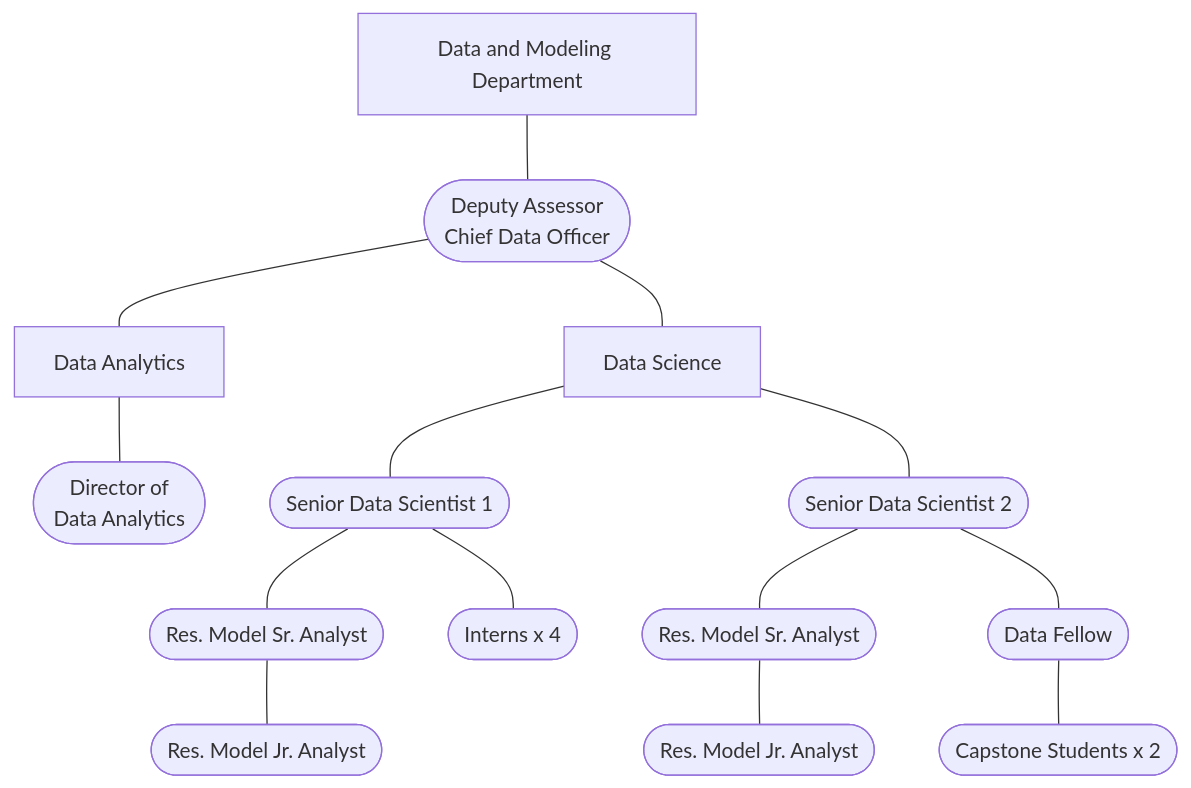
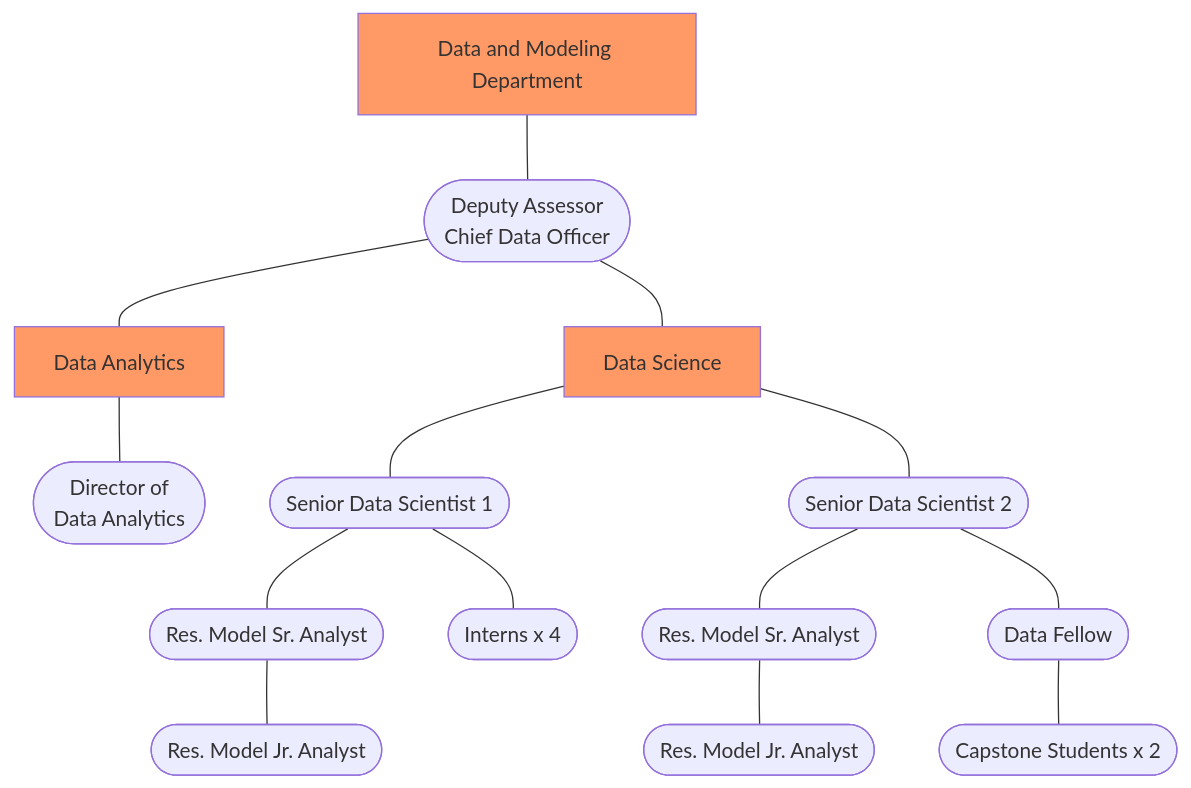
Before and after one commit to ccao-data/wiki: the diagram in handbook.md, drawn with Mermaid. The commit also changed other lines of this file, not shown here.

Commit message:
docs: update handbook

````diff
--- a/handbook.md
+++ b/handbook.md
@@ -106,20 +106,23 @@
 ```mermaid
 graph TD
   TOP[Data and Modeling Department] --- CDO([Deputy Assessor<br>Chief Data Officer])
 	CDO --- DS[Data Science]
 	CDO --- DA[Data Analytics]
 
   DA --- DIRDAA([Director of<br>Data Analytics])
 
   DS --- SENDS1([Senior Data Scientist 1])
   SENDS1 --- RMODSR1([Res. Model Sr. Analyst])
   RMODSR1 --- RMODJR1([Res. Model Jr. Analyst])
   SENDS1 --- INTERNS([Interns x 4])
 
   DS --- SENDS2([Senior Data Scientist 2])
   SENDS2 --- RMODSR2([Res. Model Sr. Analyst])
   RMODSR2 --- RMODJR2([Res. Model Jr. Analyst])
   SENDS2 --- FELLOW([Data Fellow])
   FELLOW --- CAPSTONE([Capstone Students x 2])
 
+  classDef org fill:#f96;
+  class TOP,DS,DA org;
+
 ```
````
